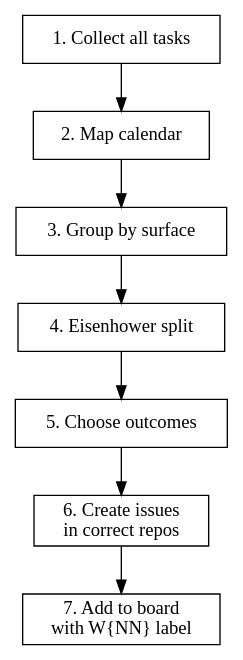
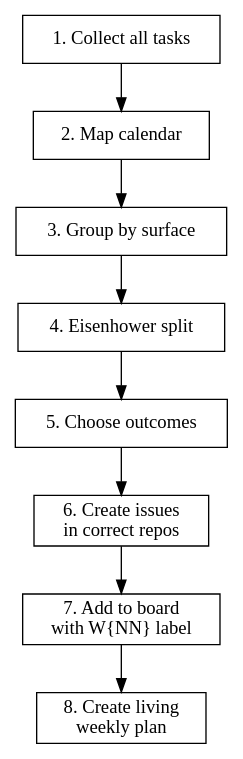
The diagram in skills/weekly-planning/SKILL.md (dan4201952-hue/personal-corp-os), drawn with Graphviz before and after one commit. The commit also changed other lines of this file and 19 other files, not shown here.

````diff
--- a/skills/weekly-planning/SKILL.md
+++ b/skills/weekly-planning/SKILL.md
@@ -36,16 +36,17 @@
 ```dot
 digraph planning {
   rankdir=TB;
   node [shape=box];
 
   collect [label="1. Collect all tasks"];
   calendar [label="2. Map calendar"];
   group [label="3. Group by surface"];
   eisenhower [label="4. Eisenhower split"];
   outcomes [label="5. Choose outcomes"];
   issues [label="6. Create issues\nin correct repos"];
   board [label="7. Add to board\nwith W{NN} label"];
+  page [label="8. Create living\nweekly plan"];
 
-  collect -> calendar -> group -> eisenhower -> outcomes -> issues -> board;
+  collect -> calendar -> group -> eisenhower -> outcomes -> issues -> board -> page;
 }
 ```
````
